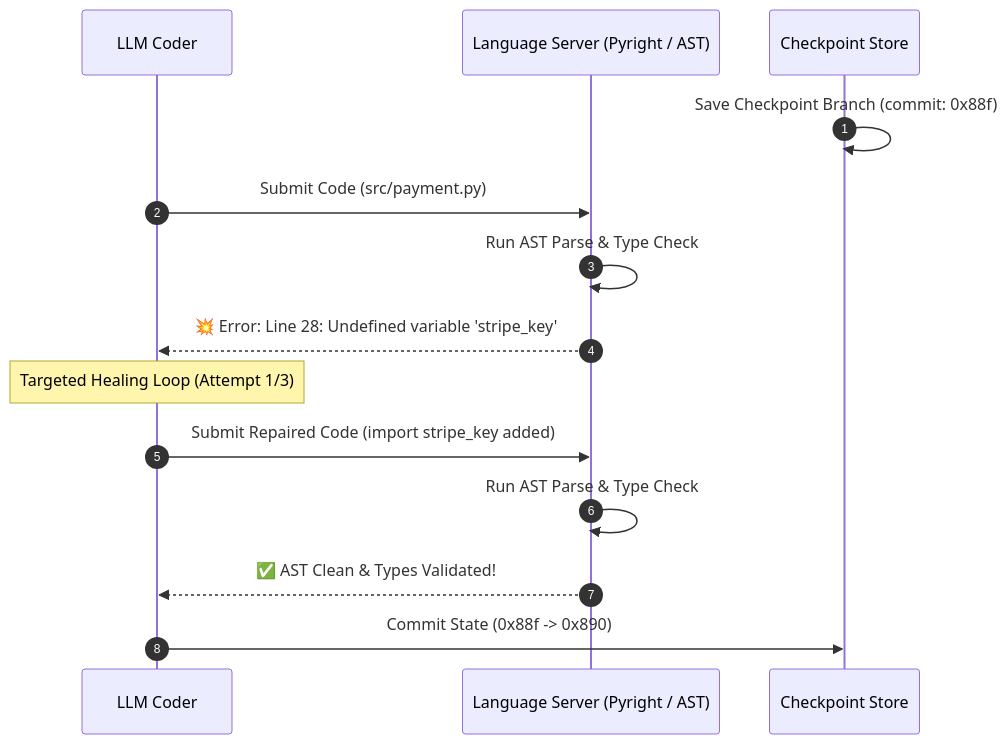
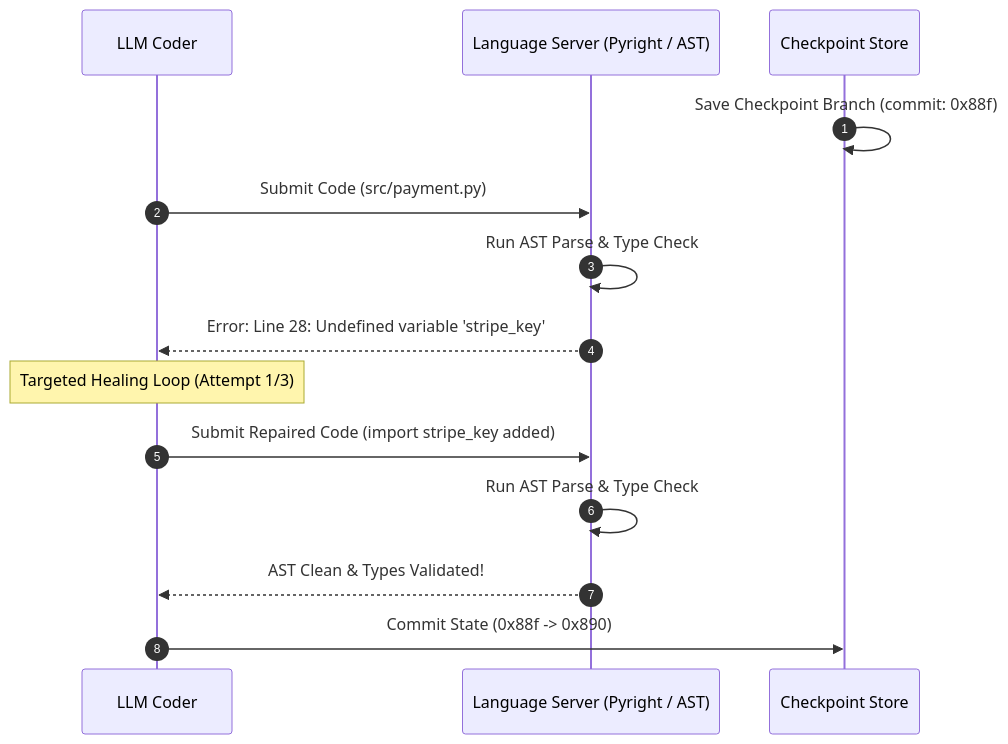
Before and after one commit to akmalkhaniub/akmalkhaniub.github.io: the second of 2 diagrams in blog/posts/compiler-in-the-loop-self-healing-agent-pipelines-ast-error-feedback.md, drawn with Mermaid. The commit also changed other lines of this file and 411 other files, not shown here.

````diff
--- a/blog/posts/compiler-in-the-loop-self-healing-agent-pipelines-ast-error-feedback.md
+++ b/blog/posts/compiler-in-the-loop-self-healing-agent-pipelines-ast-error-feedback.md
@@ -81,17 +81,17 @@
 ```mermaid
 sequenceDiagram
   autonumber
   participant Coder as LLM Coder
   participant LSP as Language Server (Pyright / AST)
   participant Git as Checkpoint Store
 
   Git->>Git: Save Checkpoint Branch (commit: 0x88f)
   Coder->>LSP: Submit Code (src/payment.py)
   LSP->>LSP: Run AST Parse & Type Check
-  LSP-->>Coder: 💥 Error: Line 28: Undefined variable 'stripe_key'
+  LSP-->>Coder:  Error: Line 28: Undefined variable 'stripe_key'
   Note over Coder: Targeted Healing Loop (Attempt 1/3)
   Coder->>LSP: Submit Repaired Code (import stripe_key added)
   LSP->>LSP: Run AST Parse & Type Check
-  LSP-->>Coder: ✅ AST Clean & Types Validated!
+  LSP-->>Coder:  AST Clean & Types Validated!
   Coder->>Git: Commit State (0x88f -> 0x890)
 ```
````
